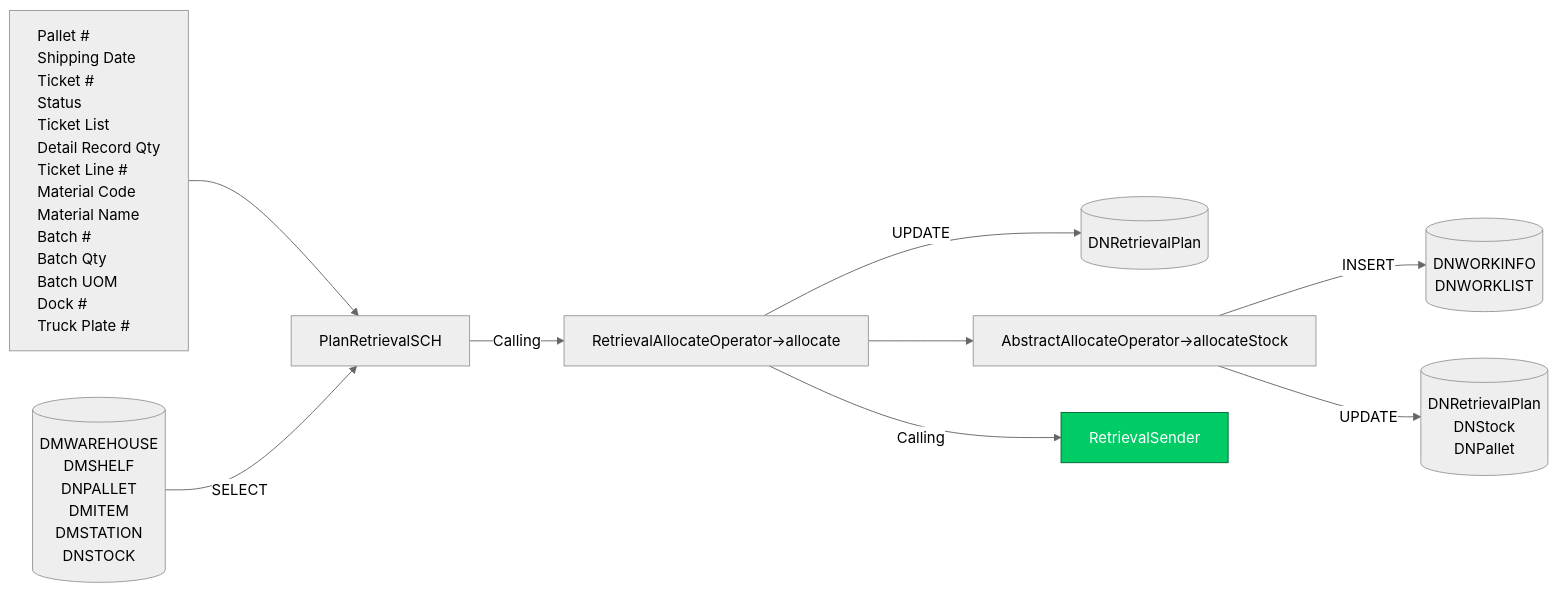
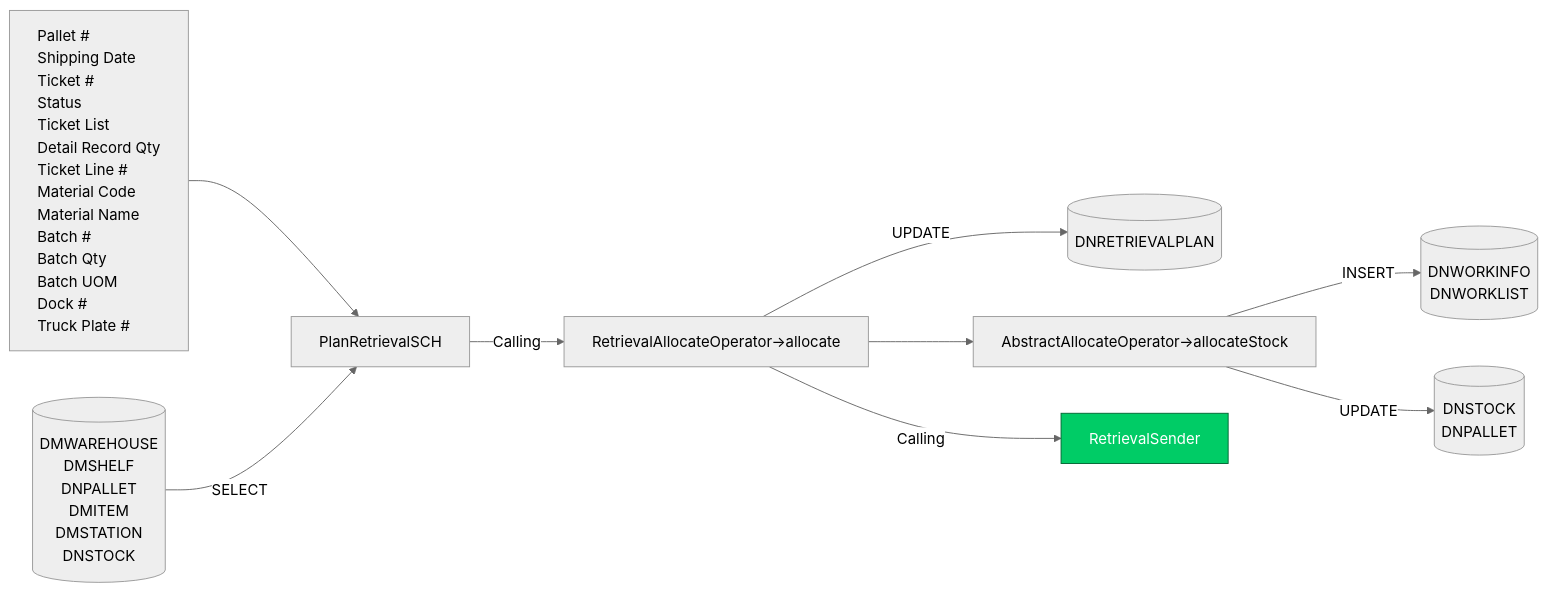
The third of 11 diagrams in Basic-Design/DFD-WMS/Retrieval/Planned-Retrieval-to-HP-Area.md (luthfiadityaa/SimeDarby-Wiki), drawn with Mermaid (neutral theme) before and after one commit.

Commit message:
Updated Planned Retrieval to HP Area

```diff
--- a/Basic-Design/DFD-WMS/Retrieval/Planned-Retrieval-to-HP-Area.md
+++ b/Basic-Design/DFD-WMS/Retrieval/Planned-Retrieval-to-HP-Area.md
@@ -116,58 +116,57 @@
 ::: mermaid
 flowchart LR
     input[
         Pallet #
         Shipping Date
         Ticket #
         Status
         Ticket List
         Detail Record Qty
         Ticket Line #
         Material Code
         Material Name
         Batch #
         Batch Qty
         Batch UOM
         Dock #
         Truck Plate #    
     ]
 
     tableList-insert[("
         DNWORKINFO
         DNWORKLIST
     ")]
 
-    tableList-update[("
-        DNRetrievalPlan
-        DNStock
-        DNPallet
+    tableList-update[("       
+        DNSTOCK
+        DNPALLET
     ")]
 
     tableList-update2[("
-        DNRetrievalPlan
+        DNRETRIEVALPLAN
     ")]
 
      tableList-select[("
         DMWAREHOUSE
         DMSHELF
         DNPALLET
         DMITEM
         DMSTATION
         DNSTOCK
     ")]
 
     className[PlanRetrievalSCH]
     className--> |Calling| methodName[RetrievalAllocateOperator→allocate] 
     methodName-->methodName2[AbstractAllocateOperator→allocateStock]--> |INSERT| tableList-insert
     input --> className
     tableList-select --> |SELECT| className
     methodName--> |Calling| P1[RetrievalSender]
     methodName2--> |UPDATE| tableList-update
     methodName--> |UPDATE| tableList-update2
 
     click P1 "https://dev.azure.com/Daifuku-SW/ID_SimeDarbyPlantation/_wiki/wikis/ID_SimeDarbyPlantation.wiki/956/Stacked-Empty-Pallet?anchor=retrieval-sender" "Go to Retrieval Retrieval Sender"
     style P1 fill:#00cc66,stroke:#006633,color:#ffffff
 
     classDef leftAlign text-align:left;
     class input leftAlign;
 :::
```
